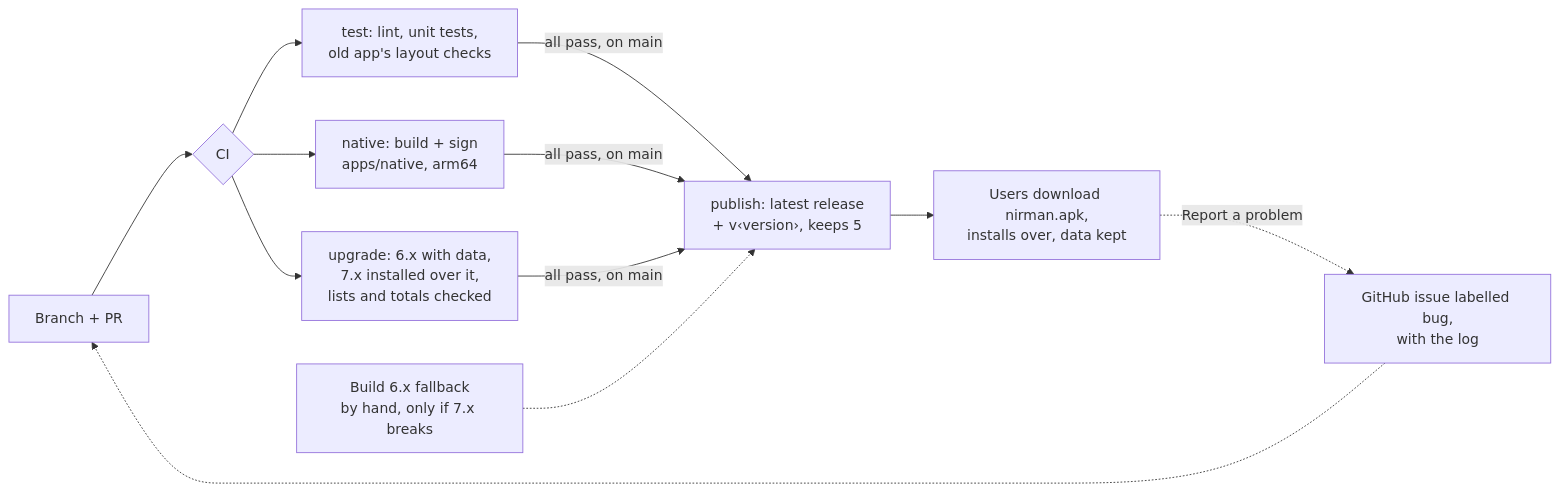
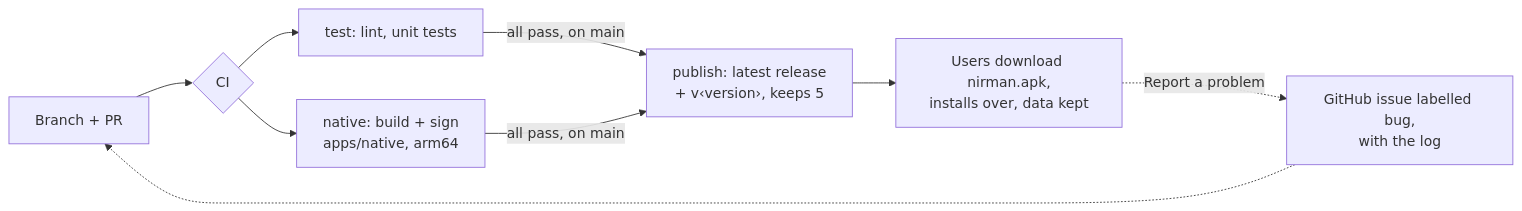
The sixth of 6 diagrams in docs/Nirman workflows.md (parikshit99/nirman), drawn with Mermaid before and after one commit. The commit also changed other lines of this file and 188 other files, not shown here.

First line of the commit message:
React Native Phase 8: remove the Capacitor app, its fallback build and the upgrade test (#97)

````diff
--- a/docs/Nirman workflows.md
+++ b/docs/Nirman workflows.md
@@ -160,11 +160,9 @@
 ```mermaid
 flowchart LR
   BR[Branch + PR] --> CI{CI}
-  CI --> TS[test: lint, unit tests,<br/>old app's layout checks]
+  CI --> TS[test: lint, unit tests]
   CI --> NB[native: build + sign<br/>apps/native, arm64]
-  CI --> UP[upgrade: 6.x with data,<br/>7.x installed over it,<br/>lists and totals checked]
-  TS & NB & UP -- all pass, on main --> PB[publish: latest release<br/>+ v‹version›, keeps 5]
+  TS & NB -- all pass, on main --> PB[publish: latest release<br/>+ v‹version›, keeps 5]
   PB --> PHN[Users download nirman.apk,<br/>installs over, data kept]
   PHN -. Report a problem .-> ISS[GitHub issue labelled bug,<br/>with the log] -.-> BR
-  FB[Build 6.x fallback<br/>by hand, only if 7.x breaks] -.-> PB
 ```
````
